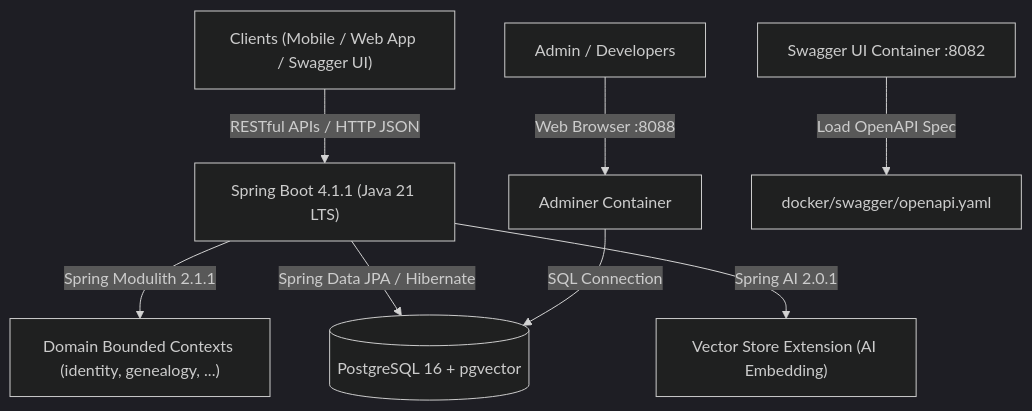
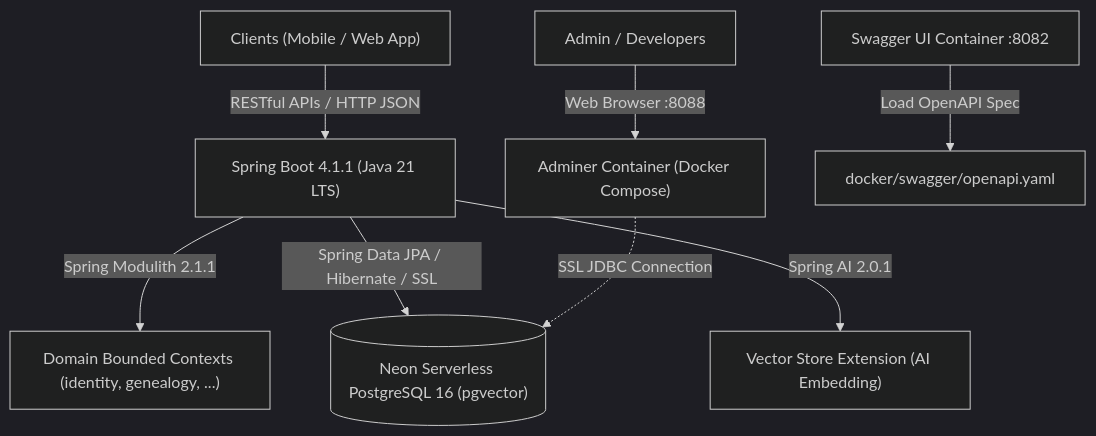
The diagram in docs/architecture/01-system-architecture.md (DonThuanUIT/family-management-backend), drawn with Mermaid (dark theme) before and after one commit. The commit also changed other lines of this file and 7 other files, not shown here.

First line of the commit message:
chore: Refactor documentation for database schema, core business flows, development guide, project status, and user stories

````diff
--- a/docs/architecture/01-system-architecture.md
+++ b/docs/architecture/01-system-architecture.md
@@ -20,10 +21,10 @@
 ```mermaid
 graph TD
-    Client["Clients (Mobile / Web App / Swagger UI)"] -->|RESTful APIs / HTTP JSON| SBApp["Spring Boot 4.1.1 (Java 21 LTS)"]
+    Client["Clients (Mobile / Web App)"] -->|RESTful APIs / HTTP JSON| SBApp["Spring Boot 4.1.1 (Java 21 LTS)"]
     SBApp -->|Spring Modulith 2.1.1| Modules["Domain Bounded Contexts (identity, genealogy, ...)"]
-    SBApp -->|Spring Data JPA / Hibernate| PG[("PostgreSQL 16 + pgvector")]
+    SBApp -->|Spring Data JPA / Hibernate / SSL| PG[("Neon Serverless PostgreSQL 16 (pgvector)")]
     SBApp -->|Spring AI 2.0.1| VectorExt["Vector Store Extension (AI Embedding)"]
-    Admin["Admin / Developers"] -->|Web Browser :8088| Adminer["Adminer Container"]
-    Adminer -->|SQL Connection| PG
+    Admin["Admin / Developers"] -->|Web Browser :8088| Adminer["Adminer Container (Docker Compose)"]
+    Adminer -.->|SSL JDBC Connection| PG
     SwaggerUI["Swagger UI Container :8082"] -->|Load OpenAPI Spec| Spec["docker/swagger/openapi.yaml"]
 ```
````
